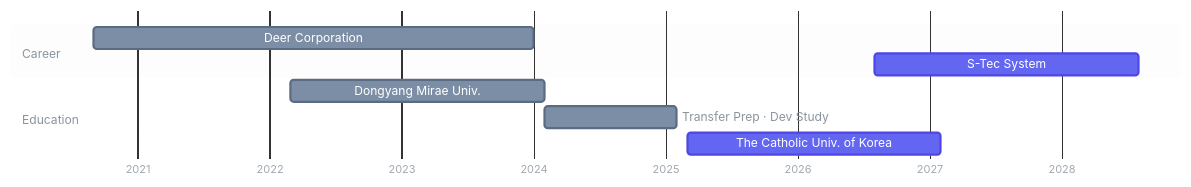
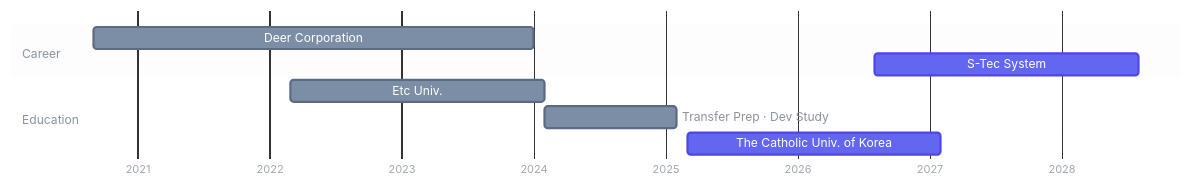
The diagram in README.md (Hwasowl/Hwasowl), drawn with Mermaid before and after one commit.

````diff
--- a/README.md
+++ b/README.md
@@ -3,31 +3,31 @@
 ```mermaid
 %%{init: {'theme':'base', 'themeVariables': {
   'fontFamily': '-apple-system, Segoe UI, sans-serif',
   'sectionBkgColor': 'rgba(139,148,158,0.08)',
   'altSectionBkgColor': 'rgba(139,148,158,0.02)',
   'gridColor': 'rgba(139,148,158,0.35)',
   'doneTaskBkgColor': '#7C8DA6',
   'doneTaskBorderColor': '#5B6B82',
   'activeTaskBkgColor': '#6366F1',
   'activeTaskBorderColor': '#4F46E5',
   'taskTextColor': '#FFFFFF',
   'taskTextDarkColor': '#FFFFFF',
   'taskTextLightColor': '#FFFFFF',
   'taskTextOutsideColor': '#8B949E',
   'sectionTitleColor': '#8B949E',
   'titleColor': '#8B949E',
   'textColor': '#8B949E',
   'todayLineColor': '#F43F5E'
 }}}%%
 gantt
     dateFormat YYYY-MM
     axisFormat %Y
     tickInterval 1year
     section Career
     Deer Corporation  :done,   2020-09, 2024-01
     S-Tec System             :active, 2026-08, 2028-08
     section Education
-    Dongyang Mirae Univ. :done,   2022-03, 2024-02
+    Etc Univ. :done,   2022-03, 2024-02
     Transfer Prep · Dev Study                   :done,   2024-02, 2025-02
     The Catholic Univ. of Korea    :active, 2025-03, 2027-02
 ```
````
